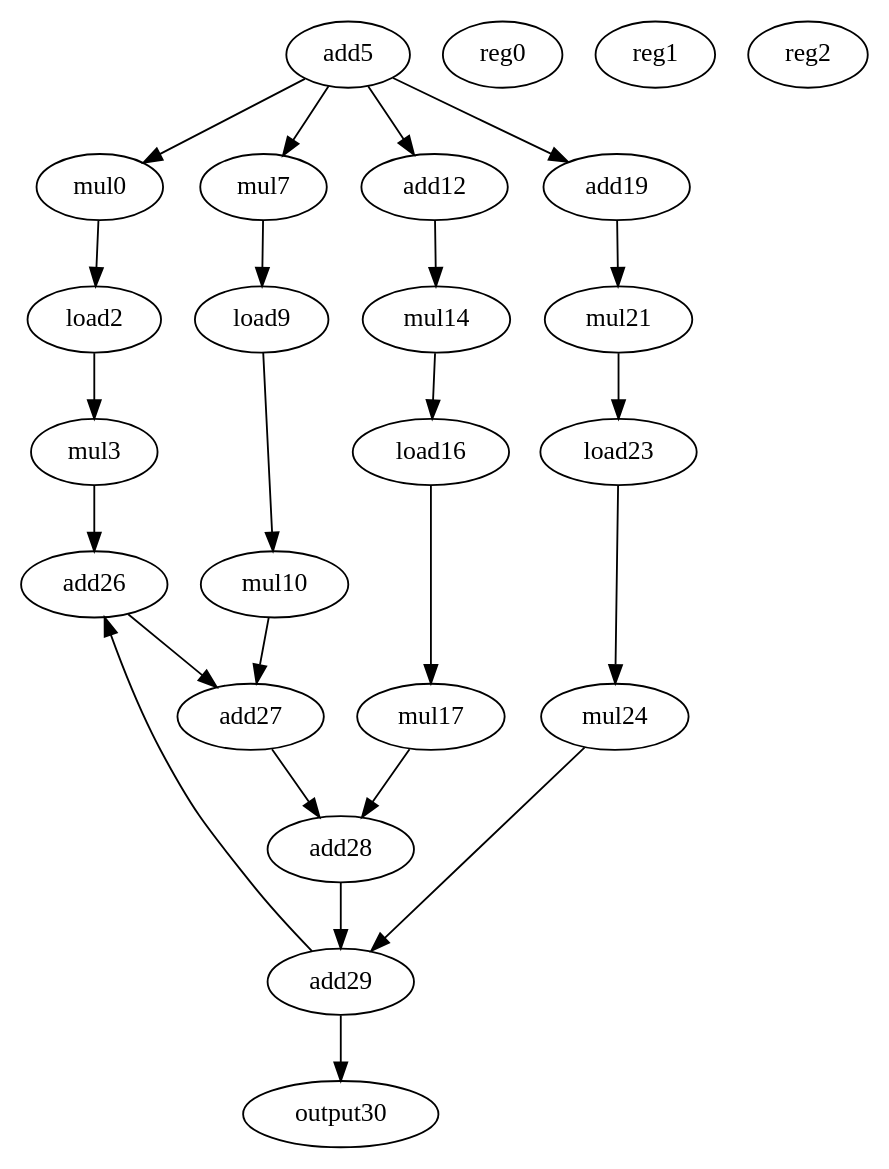
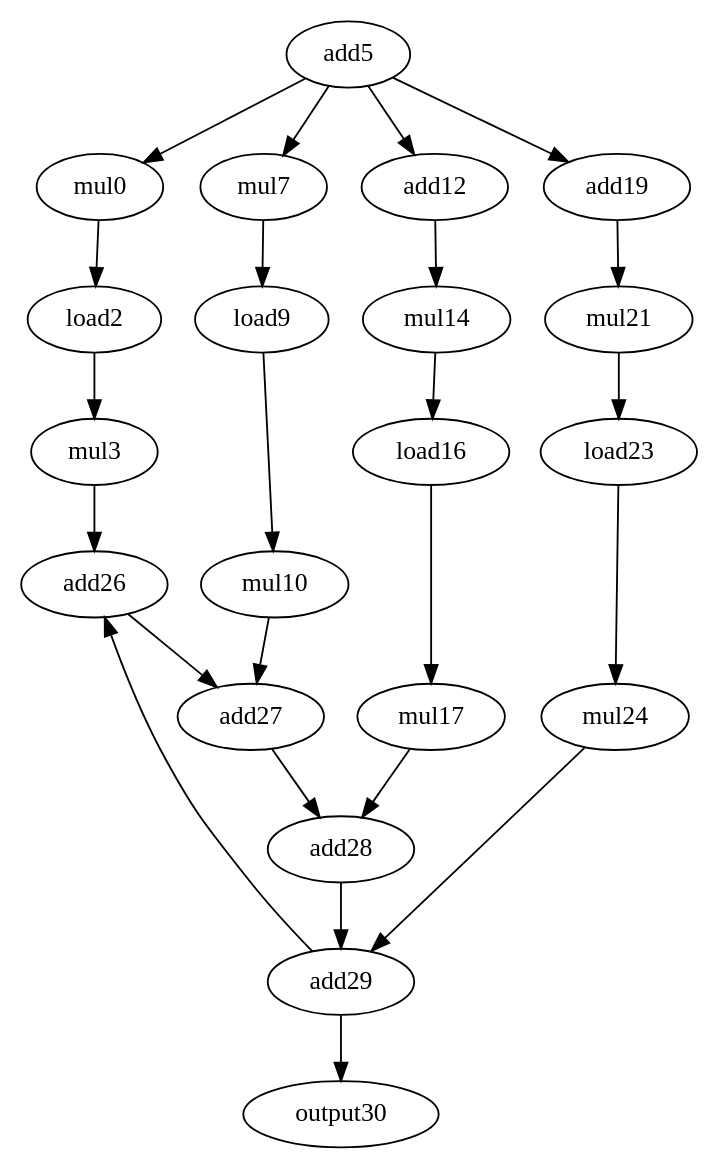
The diagram in dot/mults1.dot (canesche/nvcc_colab_icpp2020), drawn with Graphviz before and after one commit. The commit also changed 1 other file, not shown here.

```diff
--- a/dot/mults1.dot
+++ b/dot/mults1.dot
@@ -1,48 +1,45 @@
 digraph G {
 mul0[opcode=mul];
 load2[opcode=load];
 mul3[opcode=mul];
 add5[opcode=add];
 mul7[opcode=mul];
 load9[opcode=load];
 mul10[opcode=mul];
 add12[opcode=add];
 mul14[opcode=mul];
 load16[opcode=load];
 mul17[opcode=mul];
 add19[opcode=add];
 mul21[opcode=mul];
 load23[opcode=load];
 mul24[opcode=mul];
 add26[opcode=add];
 add27[opcode=add];
 add28[opcode=add];
 add29[opcode=add];
 output30[opcode=output];
-reg0[opcode=reg];
-reg1[opcode=reg];
-reg2[opcode=reg];
 load2->mul3[operand=0]; //load->mul
 mul3->add26[operand=0]; //mul->add
 add5->mul7[operand=1]; //add->gep_mul
 add5->mul0[operand=1]; //add->gep_mul
 add5->add12[operand=0]; //add->add
 add5->add19[operand=0]; //add->add
 load9->mul10[operand=0]; //load->mul
 mul10->add27[operand=1]; //mul->add
 add12->mul14[operand=1]; //add->gep_mul
 load16->mul17[operand=0]; //load->mul
 mul17->add28[operand=1]; //mul->add
 add19->mul21[operand=1]; //add->gep_mul
 load23->mul24[operand=0]; //load->mul
 mul24->add29[operand=1]; //mul->add
 add26->add27[operand=0]; //add->add
 add27->add28[operand=0]; //add->add
 add28->add29[operand=0]; //add->add
 add29->output30[operand=0]; //add->output
 add29->add26[operand=1]; //add->add
 mul0->load2[operand=0]; //gep_mul->load
 mul7->load9[operand=0]; //gep_mul->load
 mul14->load16[operand=0]; //gep_mul->load
 mul21->load23[operand=0]; //gep_mul->load
 }
```
